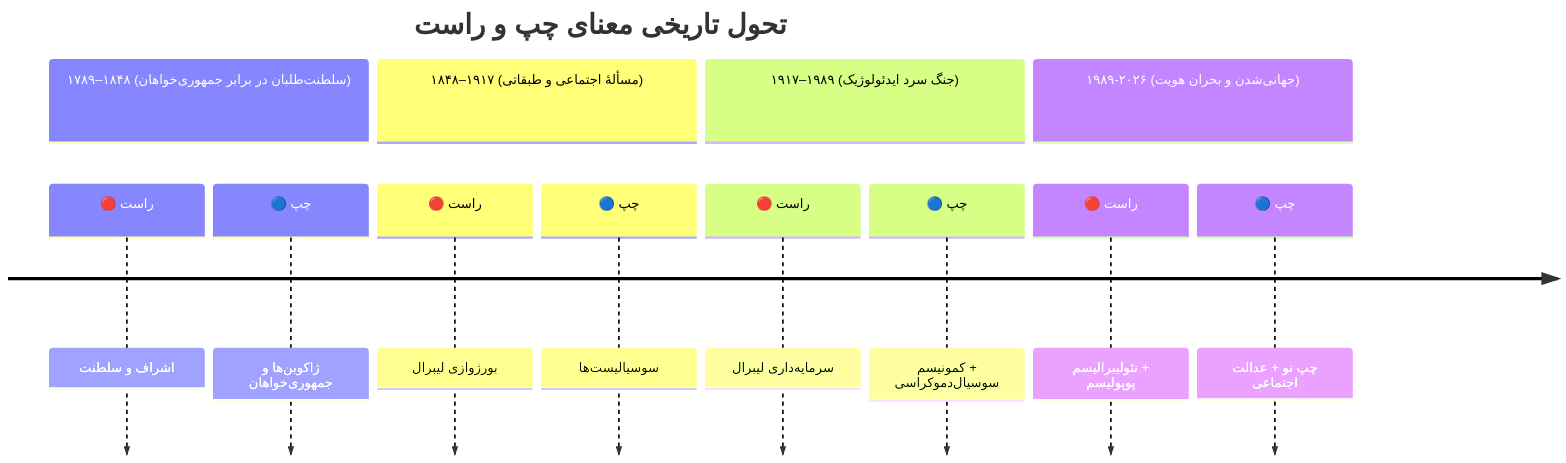
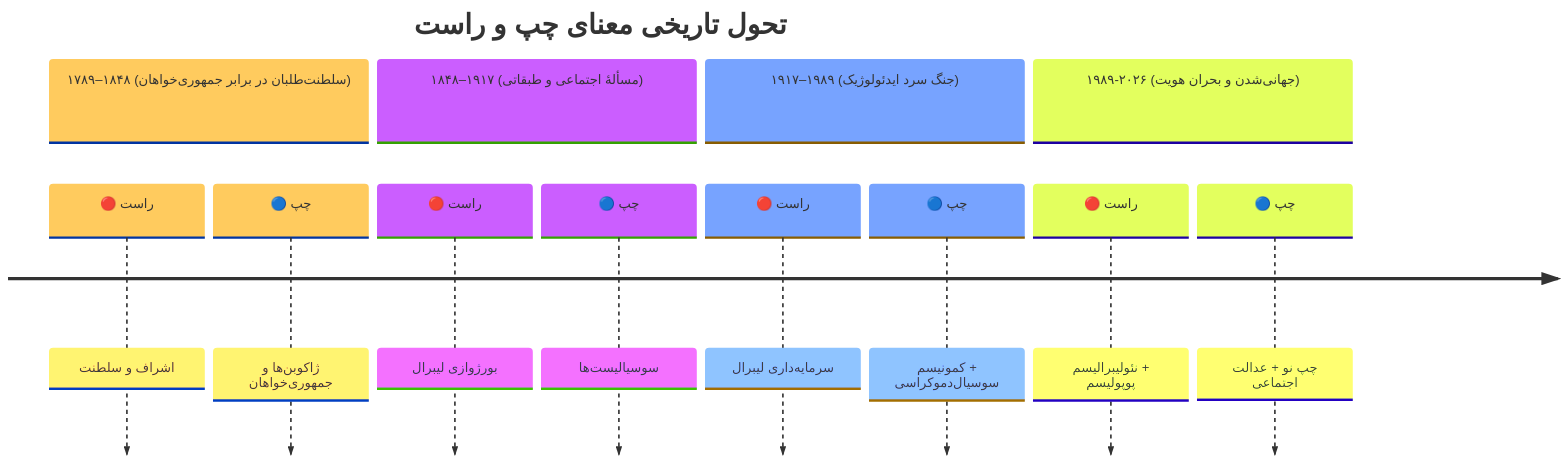
The third of 25 diagrams in src/content/articles/fa/راست یا چپ در این میانه کجاست.mdx (mahhdy/MahdiSalem.com), drawn with Mermaid before and after one commit. The commit also changed other lines of this file and 37 other files, not shown here.

Commit message:
Fix Mermaid diagram interactions, styling, and fullscreen zooming

````diff
--- a/src/content/articles/fa/راست یا چپ در این میانه کجاست.mdx
+++ b/src/content/articles/fa/راست یا چپ در این میانه کجاست.mdx
@@ -297,21 +297,21 @@
 ```mermaid
-%%{init: {'fontFamily':'Vazirmatn',"Vazir","Tahoma",sans-serif','theme':'base'}}%%
+%%{init: { 'theme': 'base', 'themeVariables': { 'fontFamily': 'Vazirmatn' } } }%%
 timeline
     title تحول تاریخی معنای چپ و راست
 
     section ۱۷۸۹–۱۸۴۸ (سلطنت‌طلبان در برابر جمهوری‌خواهان)
         🔴 راست : اشراف و سلطنت
         🔵 چپ : ژاکوبن‌ها و جمهوری‌خواهان
 
     section ۱۸۴۸–۱۹۱۷ (مسألهٔ اجتماعی و طبقاتی)
         🔴 راست : بورژوازی لیبرال
         🔵 چپ : سوسیالیست‌ها
 
     section ۱۹۱۷–۱۹۸۹ (جنگ سرد ایدئولوژیک)
         🔴 راست : سرمایه‌داری لیبرال
         🔵 چپ : کمونیسم + سوسیال‌دموکراسی
 
     section ۱۹۸۹-۲۰۲۶ (جهانی‌شدن و بحران هویت)
         🔴 راست : نئولیبرالیسم + پوپولیسم
         🔵 چپ : چپ نو + عدالت اجتماعی
 ```
````
